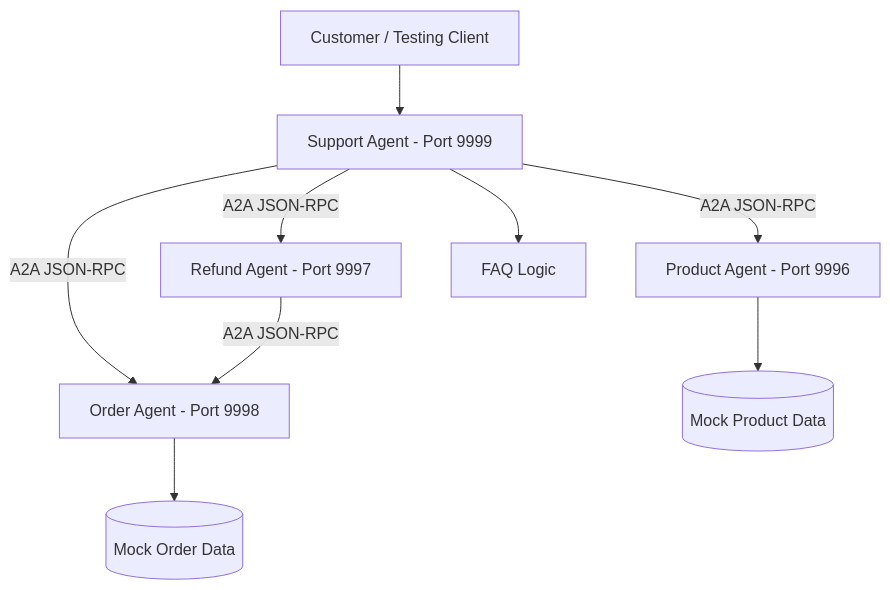
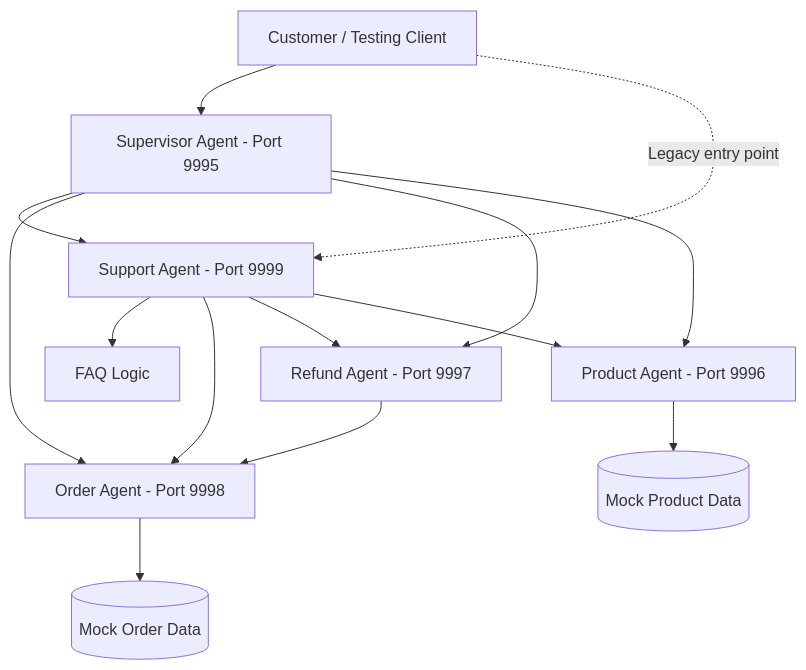
One commit to laihan1/zero-cost-a2a-customer-support changed the first of 2 diagrams in README.md. Above: the diagram before and after it, drawn with Mermaid. The commit also changed other lines of this file and 10 other files, not shown here.

Commit message:
feat: implement supervisor agent with centralized orchestration and integration tests

````diff
--- a/README.md
+++ b/README.md
@@ -42,20 +45,26 @@
 ```mermaid
 flowchart TD
     Customer[Customer / Testing Client]
+    Supervisor[Supervisor Agent - Port 9995]
     Support[Support Agent - Port 9999]
     Order[Order Agent - Port 9998]
     Refund[Refund Agent - Port 9997]
     Product[Product Agent - Port 9996]
     FAQ[FAQ Logic]
     OrderData[(Mock Order Data)]
     ProductData[(Mock Product Data)]
 
-    Customer --> Support
+    Customer --> Supervisor
+    Customer -. Legacy entry point .-> Support
+    Supervisor --> Support
+    Supervisor --> Order
+    Supervisor --> Refund
+    Supervisor --> Product
     Support --> FAQ
-    Support -->|A2A JSON-RPC| Order
-    Support -->|A2A JSON-RPC| Refund
-    Support -->|A2A JSON-RPC| Product
-    Refund -->|A2A JSON-RPC| Order
+    Support --> Order
+    Support --> Refund
+    Support --> Product
+    Refund --> Order
     Order --> OrderData
     Product --> ProductData
 ```
````
